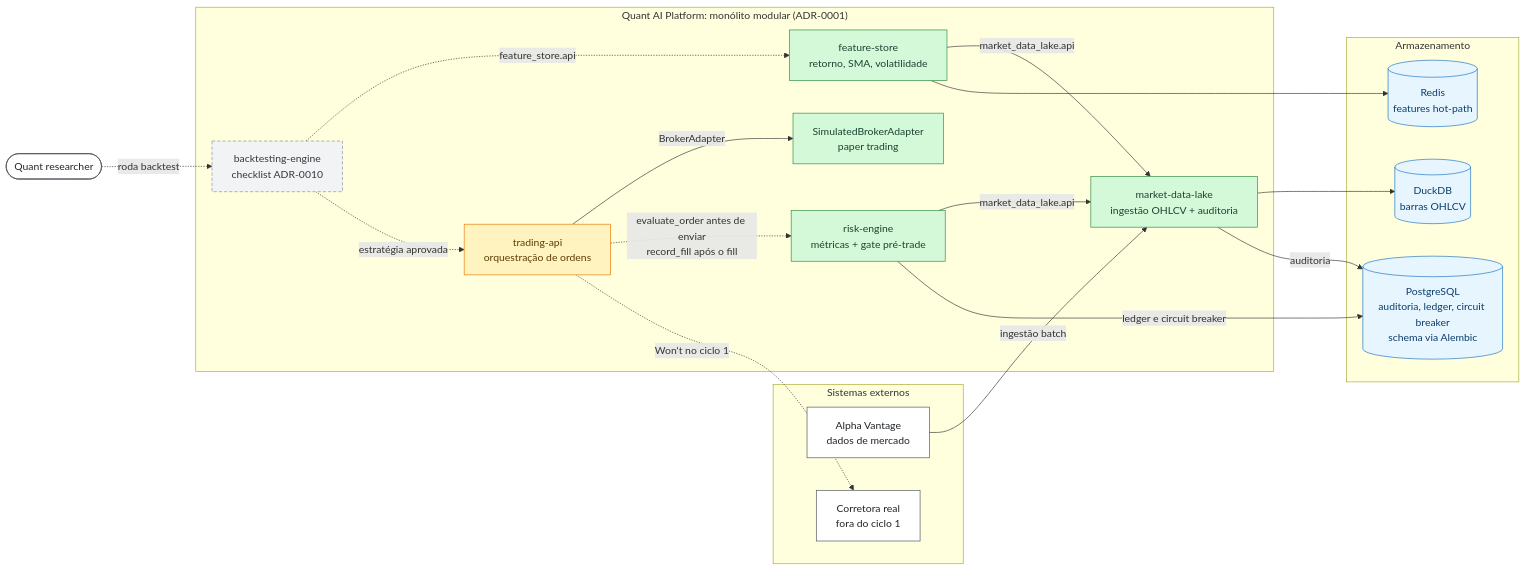
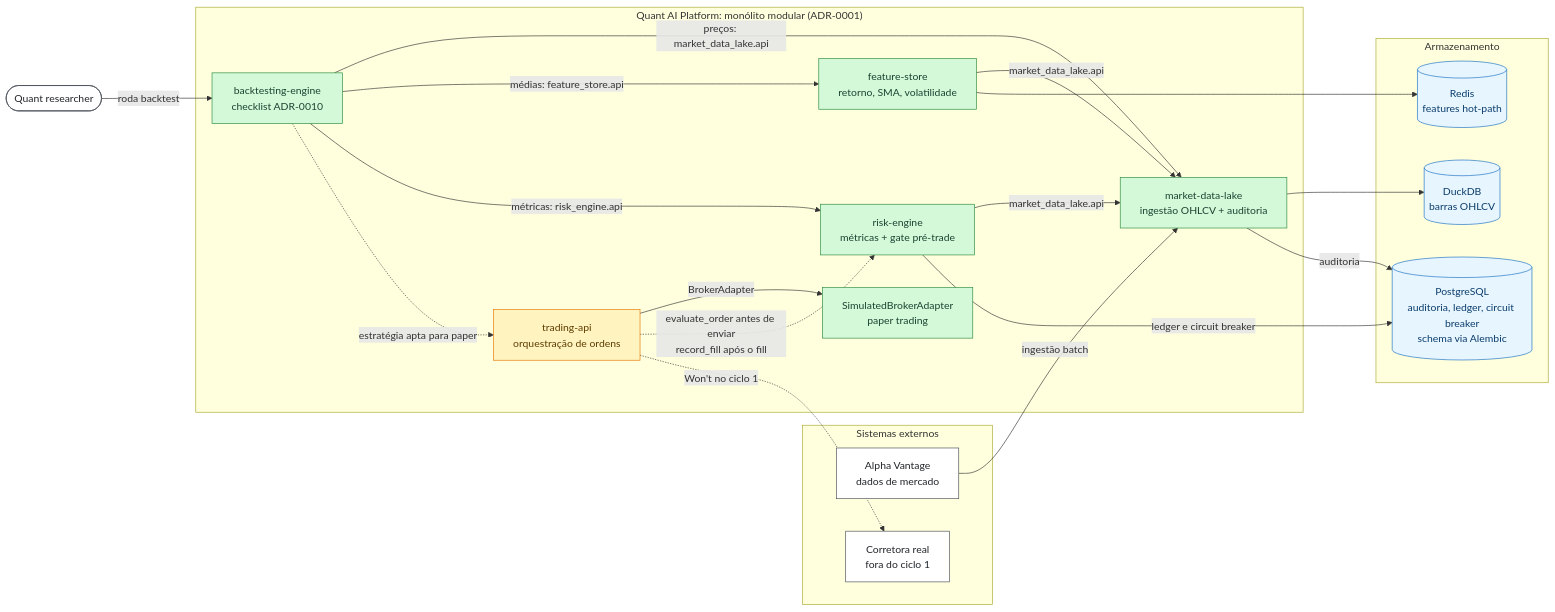
Before and after one commit to fabioestevam2404/ai-quanti: the diagram in README.md, drawn with Mermaid. The commit also changed other lines of this file and 15 other files, not shown here.

First line of the commit message:
Implementa checklist, relatório e run_backtest do backtesting-engine (REQ-02, fatia 3)

````diff
--- a/README.md
+++ b/README.md
@@ -33,51 +33,52 @@
 ```mermaid
 flowchart LR
     quant(["Quant researcher"])
 
     subgraph ext["Sistemas externos"]
         av["Alpha Vantage<br/>dados de mercado"]
         broker["Corretora real<br/>fora do ciclo 1"]
     end
 
     subgraph platform["Quant AI Platform: monólito modular (ADR-0001)"]
         mdl["market-data-lake<br/>ingestão OHLCV + auditoria"]
         fs["feature-store<br/>retorno, SMA, volatilidade"]
         bt["backtesting-engine<br/>checklist ADR-0010"]
         risk["risk-engine<br/>métricas + gate pré-trade"]
         tapi["trading-api<br/>orquestração de ordens"]
         sim["SimulatedBrokerAdapter<br/>paper trading"]
     end
 
     subgraph stores["Armazenamento"]
         duck[("DuckDB<br/>barras OHLCV")]
         pg[("PostgreSQL<br/>auditoria, ledger, circuit breaker<br/>schema via Alembic")]
         redis[("Redis<br/>features hot-path")]
     end
 
     av -->|ingestão batch| mdl
     mdl --> duck
     mdl -->|auditoria| pg
     fs -->|market_data_lake.api| mdl
     fs --> redis
     risk -->|market_data_lake.api| mdl
     risk -->|ledger e circuit breaker| pg
     tapi -->|BrokerAdapter| sim
 
-    quant -.->|roda backtest| bt
-    bt -.->|feature_store.api| fs
-    bt -.->|estratégia aprovada| tapi
+    quant -->|roda backtest| bt
+    bt -->|"preços: market_data_lake.api"| mdl
+    bt -->|"médias: feature_store.api"| fs
+    bt -->|"métricas: risk_engine.api"| risk
+    bt -.->|"estratégia apta para paper"| tapi
     tapi -.->|"evaluate_order antes de enviar<br/>record_fill após o fill"| risk
     tapi -.->|"Won't no ciclo 1"| broker
 
     classDef done fill:#d3f9d8,stroke:#2b8a3e,color:#1b4332
     classDef partial fill:#fff3bf,stroke:#e67700,color:#5c3c00
     classDef planned fill:#f1f3f5,stroke:#868e96,color:#343a40,stroke-dasharray:5 3
     classDef store fill:#e7f5ff,stroke:#1971c2,color:#0b3d6b
     classDef external fill:#ffffff,stroke:#495057,color:#212529
 
-    class mdl,fs,risk,sim done
+    class mdl,fs,risk,sim,bt done
     class tapi partial
-    class bt planned
     class duck,pg,redis store
     class av,broker,quant external
 ```
````
